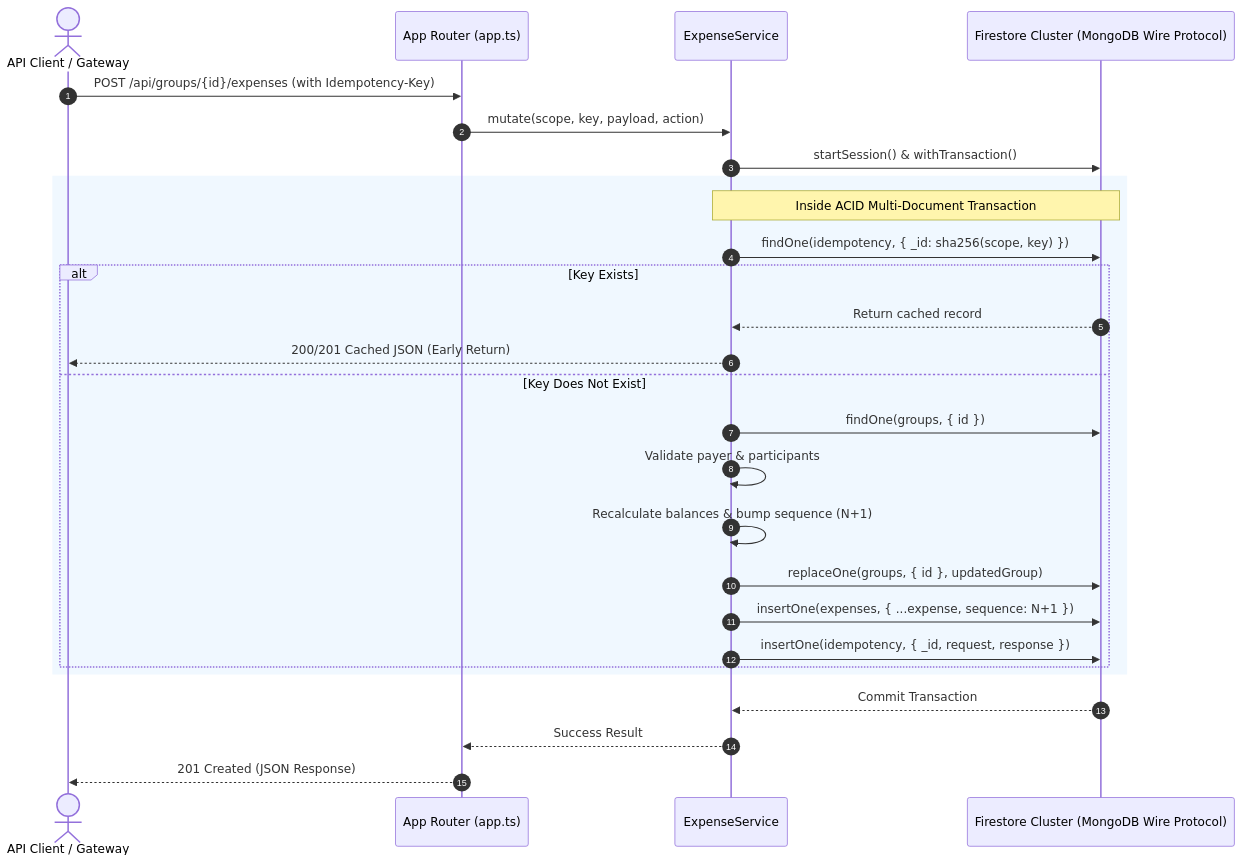
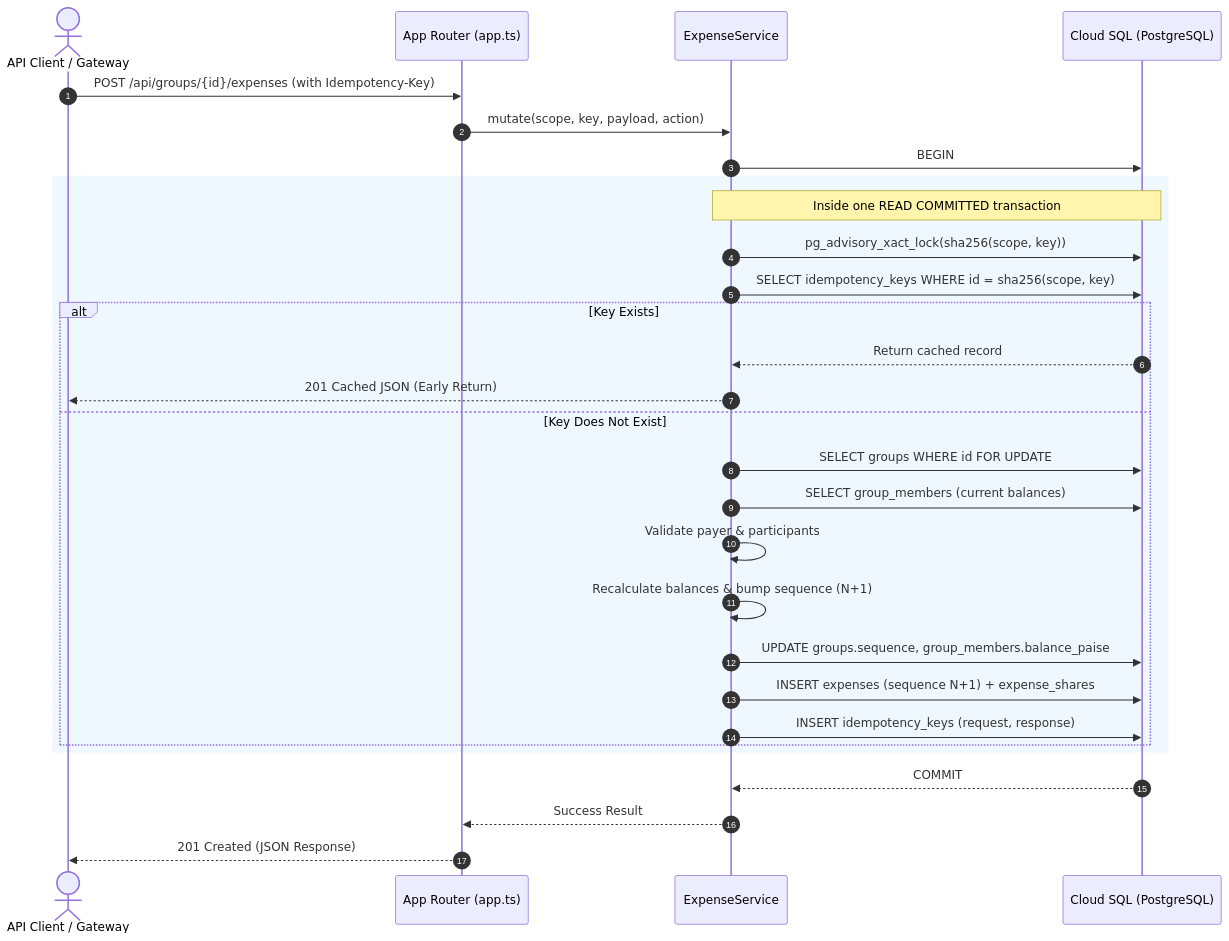
One commit to sourabhbagrecha/ghoomMates changed the third of 3 diagrams in backend/docs/expenses-architecture.md. Above: the diagram before and after it, drawn with Mermaid. The commit also changed other lines of this file and 30 other files, not shown here.

First line of the commit message:
feat(backend): migrate from Firestore to Cloud SQL (Postgres)

````diff
--- a/backend/docs/expenses-architecture.md
+++ b/backend/docs/expenses-architecture.md
@@ -150,32 +154,34 @@
 ```mermaid
 sequenceDiagram
     autonumber
     actor Client as API Client / Gateway
     participant Router as App Router (app.ts)
     participant Service as ExpenseService
-    participant Mongo as Firestore Cluster (MongoDB Wire Protocol)
+    participant DB as Cloud SQL (PostgreSQL)
 
     Client->>Router: POST /api/groups/{id}/expenses (with Idempotency-Key)
     Router->>Service: mutate(scope, key, payload, action)
-    Service->>Mongo: startSession() & withTransaction()
-    
+    Service->>DB: BEGIN
+
     rect rgb(240, 248, 255)
-        Note over Service,Mongo: Inside ACID Multi-Document Transaction
-        Service->>Mongo: findOne(idempotency, { _id: sha256(scope, key) })
+        Note over Service,DB: Inside one READ COMMITTED transaction
+        Service->>DB: pg_advisory_xact_lock(sha256(scope, key))
+        Service->>DB: SELECT idempotency_keys WHERE id = sha256(scope, key)
         alt Key Exists
-            Mongo-->>Service: Return cached record
-            Service-->>Client: 200/201 Cached JSON (Early Return)
+            DB-->>Service: Return cached record
+            Service-->>Client: 201 Cached JSON (Early Return)
         else Key Does Not Exist
-            Service->>Mongo: findOne(groups, { id })
+            Service->>DB: SELECT groups WHERE id FOR UPDATE
+            Service->>DB: SELECT group_members (current balances)
             Service->>Service: Validate payer & participants
             Service->>Service: Recalculate balances & bump sequence (N+1)
-            Service->>Mongo: replaceOne(groups, { id }, updatedGroup)
-            Service->>Mongo: insertOne(expenses, { ...expense, sequence: N+1 })
-            Service->>Mongo: insertOne(idempotency, { _id, request, response })
+            Service->>DB: UPDATE groups.sequence, group_members.balance_paise
+            Service->>DB: INSERT expenses (sequence N+1) + expense_shares
+            Service->>DB: INSERT idempotency_keys (request, response)
         end
     end
 
-    Mongo-->>Service: Commit Transaction
+    DB-->>Service: COMMIT
     Service-->>Router: Success Result
     Router-->>Client: 201 Created (JSON Response)
 ```
````
